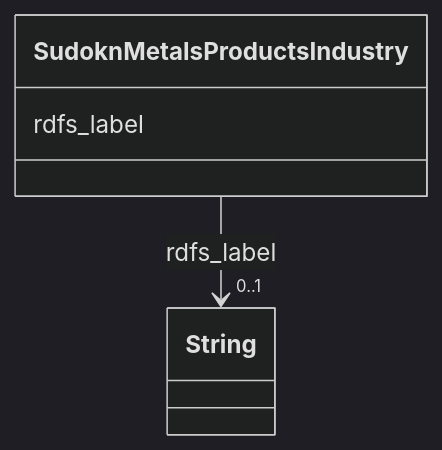
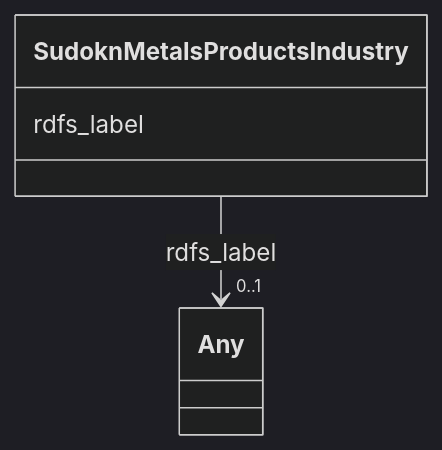
The diagram in sudokn-kg/classes/SudoknMetalsProductsIndustry.md (frink-okn/graph-descriptions), drawn with Mermaid (dark theme) before and after one commit. The commit also changed other lines of this file and 903 other files, not shown here.

````diff
--- a/sudokn-kg/classes/SudoknMetalsProductsIndustry.md
+++ b/sudokn-kg/classes/SudoknMetalsProductsIndustry.md
@@ -23,15 +18,15 @@
 ```mermaid
  classDiagram
     class SudoknMetalsProductsIndustry
     click SudoknMetalsProductsIndustry href "../SudoknMetalsProductsIndustry"
       SudoknMetalsProductsIndustry : rdfs_label
         
           
     
     
-    SudoknMetalsProductsIndustry --> "0..1" String : rdfs_label
-    click String href "../String"
+    SudoknMetalsProductsIndustry --> "0..1" Any : rdfs_label
+    click Any href "../Any"
 
         
       
 ```
````
